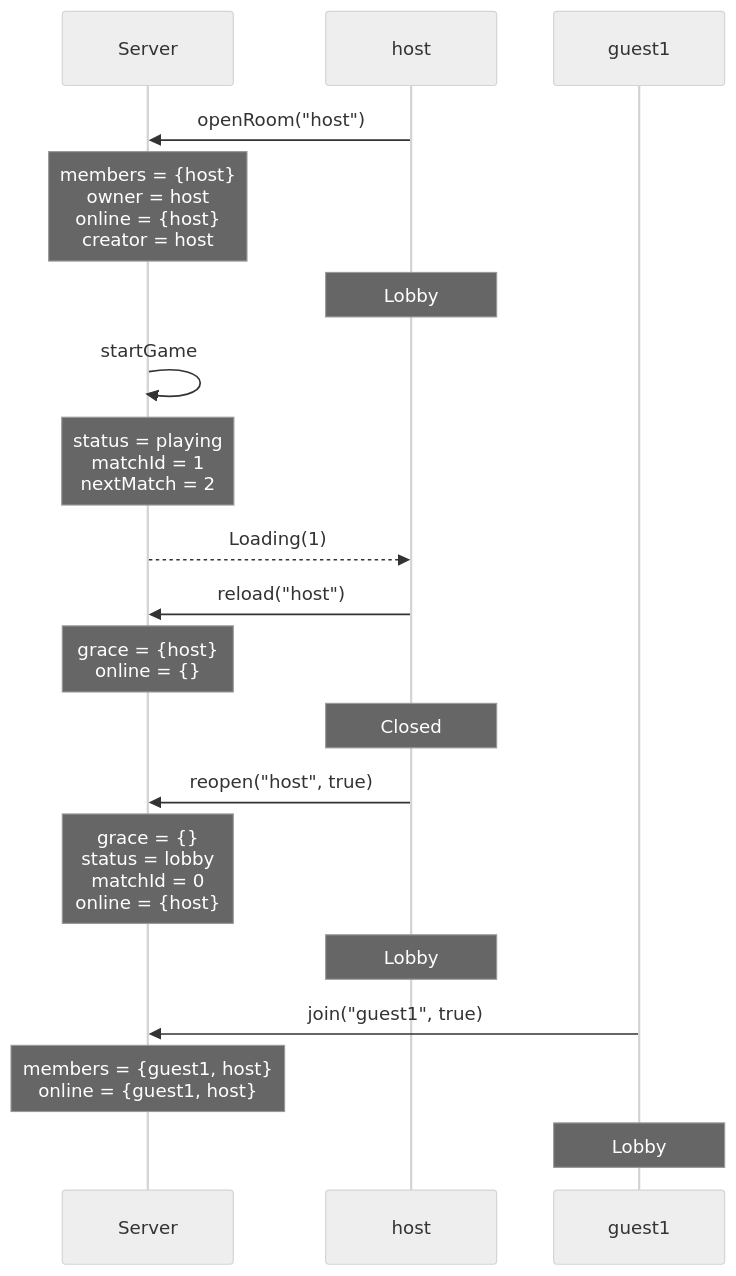
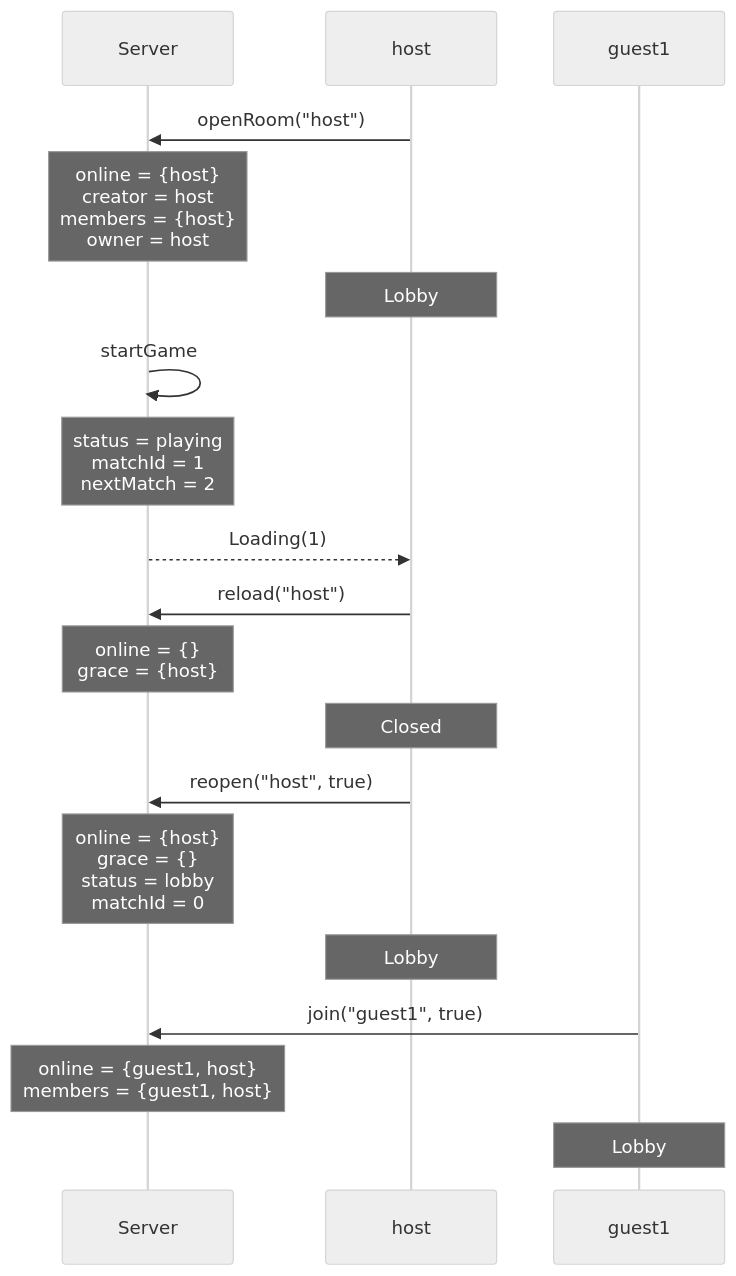
Before and after one commit to kwilson21/kaillera-next: the fourth of 29 diagrams in docs/spec-traces.md, drawn with Mermaid (neutral theme). The commit also changed other lines of this file and 15 other files, not shown here.

````diff
--- a/docs/spec-traces.md
+++ b/docs/spec-traces.md
@@ -50,21 +50,21 @@
 ```mermaid
 sequenceDiagram
   participant Server
   participant host
   participant guest1
   host->>Server: openRoom("host")
-  Note over Server: members = {host}<br/>owner = host<br/>online = {host}<br/>creator = host
+  Note over Server: online = {host}<br/>creator = host<br/>members = {host}<br/>owner = host
   Note over host: Lobby
   Server->>Server: startGame
   Note over Server: status = playing<br/>matchId = 1<br/>nextMatch = 2
   Server-->>host: Loading(1)
   host->>Server: reload("host")
-  Note over Server: grace = {host}<br/>online = {}
+  Note over Server: online = {}<br/>grace = {host}
   Note over host: Closed
   host->>Server: reopen("host", true)
-  Note over Server: grace = {}<br/>status = lobby<br/>matchId = 0<br/>online = {host}
+  Note over Server: online = {host}<br/>grace = {}<br/>status = lobby<br/>matchId = 0
   Note over host: Lobby
   guest1->>Server: join("guest1", true)
-  Note over Server: members = {guest1, host}<br/>online = {guest1, host}
+  Note over Server: online = {guest1, host}<br/>members = {guest1, host}
   Note over guest1: Lobby
 ```
````
